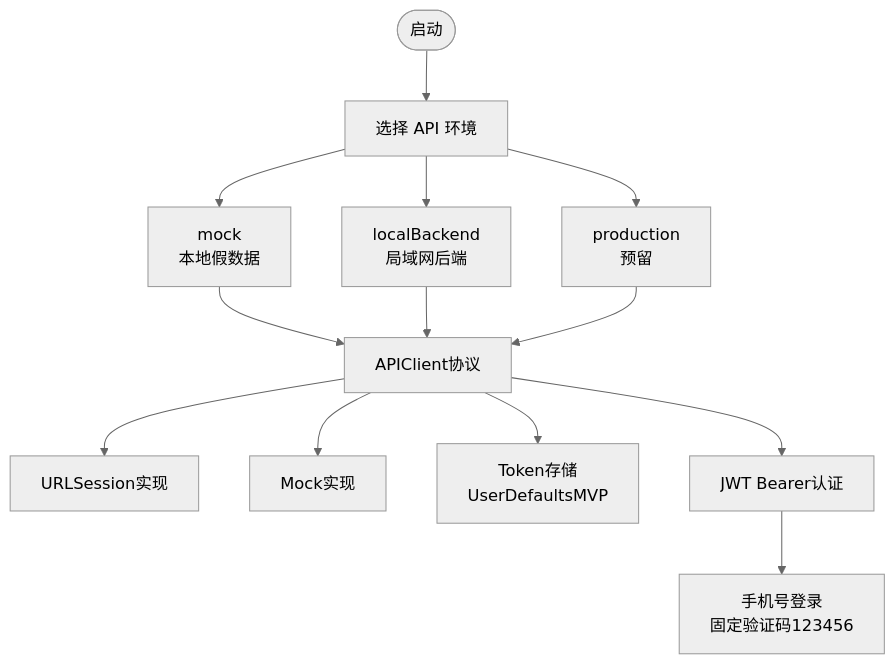
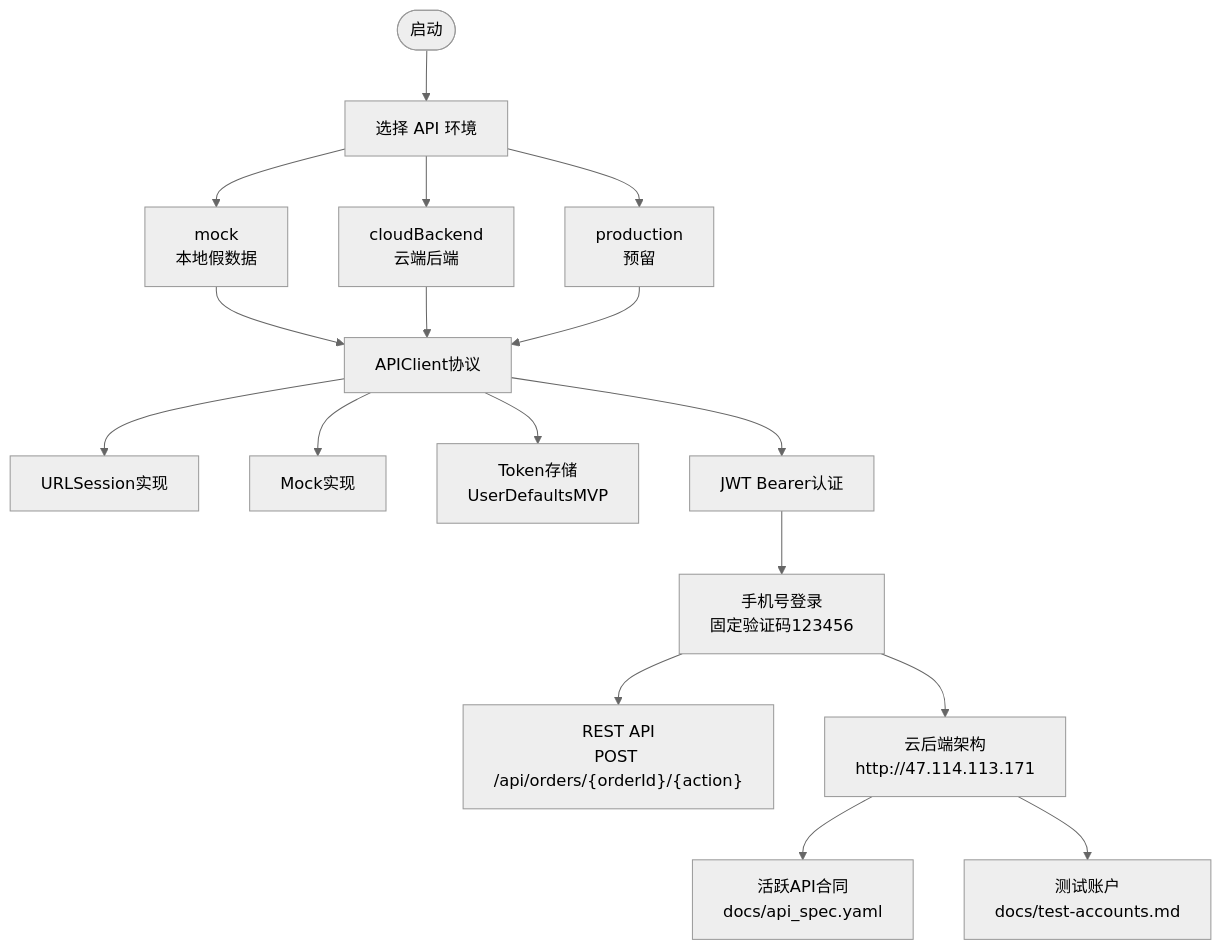
Before and after one commit to Jayden23018/blind-run-ios: the fourth of 10 diagrams in .qoder/repowiki/zh/content/架构设计/架构设计.md, drawn with Mermaid (neutral theme). The commit also changed other lines of this file and 23 other files, not shown here.

Commit message:
Implement MVP booking and volunteer flow updates

````diff
--- a/.qoder/repowiki/zh/content/架构设计/架构设计.md
+++ b/.qoder/repowiki/zh/content/架构设计/架构设计.md
@@ -258,15 +302,19 @@
 ```mermaid
 flowchart TD
 Start(["启动"]) --> ChooseEnv["选择 API 环境"]
 ChooseEnv --> Mock["mock<br/>本地假数据"]
-ChooseEnv --> Local["localBackend<br/>局域网后端"]
+ChooseEnv --> Cloud["cloudBackend<br/>云端后端"]
 ChooseEnv --> Prod["production<br/>预留"]
 Mock --> APIClient["APIClient协议"]
-Local --> APIClient
+Cloud --> APIClient
 Prod --> APIClient
 APIClient --> URLSession["URLSession实现"]
 APIClient --> MockImpl["Mock实现"]
 APIClient --> TokenStore["Token存储<br/>UserDefaultsMVP"]
 APIClient --> JWT["JWT Bearer认证"]
 JWT --> PhoneLogin["手机号登录<br/>固定验证码123456"]
+PhoneLogin --> EndPoints["REST API<br/>POST /api/orders/{orderId}/{action}"]
+PhoneLogin --> CloudBackend["云后端架构<br/>http://47.114.113.171"]
+CloudBackend --> ActiveContract["活跃API合同<br/>docs/api_spec.yaml"]
+CloudBackend --> TestAccounts["测试账户<br/>docs/test-accounts.md"]
 ```
````
